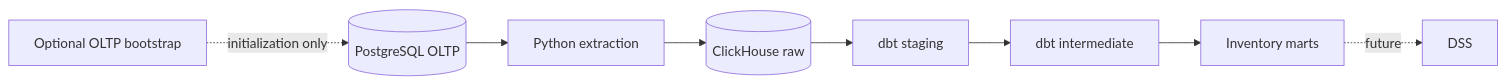
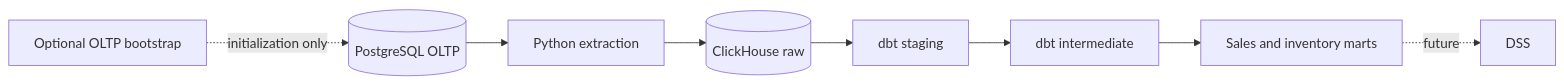
One commit to ducklemon596/inventory-dw-dss changed the diagram in README.md. Above: the diagram before and after it, drawn with Mermaid. The commit also changed other lines of this file and 21 other files, not shown here.

Commit message:
implement data marts, using star schema

````diff
--- a/README.md
+++ b/README.md
@@ -7,7 +7,7 @@
 ```mermaid
 flowchart LR
     PG[(PostgreSQL OLTP)] --> EX[Python extraction] --> RAW[(ClickHouse raw)]
-    RAW --> ST[dbt staging] --> INT[dbt intermediate] --> MART[Inventory marts]
+    RAW --> ST[dbt staging] --> INT[dbt intermediate] --> MART[Sales and inventory marts]
     MART -. future .-> DSS[DSS]
     CSV[Optional OLTP bootstrap] -. initialization only .-> PG
 ```
````
